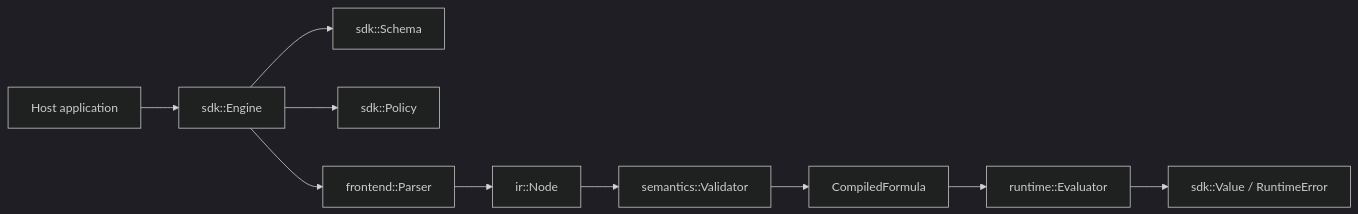
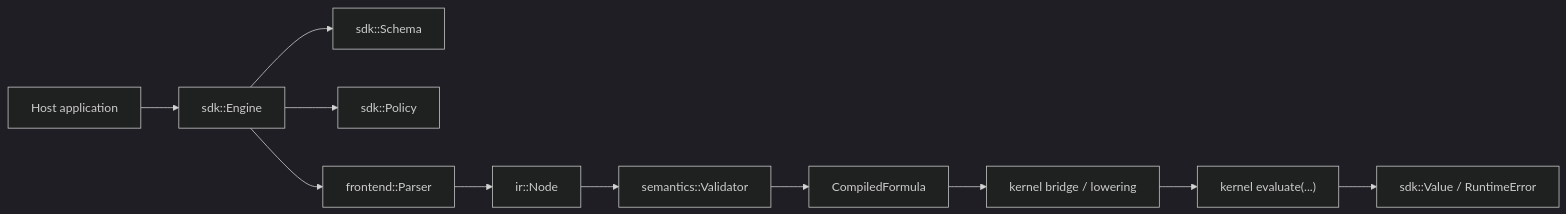
Before and after one commit to sergiorf/aleph3: the first of 2 diagrams in docs/class_collaboration.md, drawn with Mermaid (dark theme). The commit also changed other lines of this file and 25 other files, not shown here.

Commit message:
retire sdk evaluator

````diff
--- a/docs/class_collaboration.md
+++ b/docs/class_collaboration.md
@@ -46,12 +46,13 @@
 ```mermaid
 flowchart LR
     Host["Host application"] --> Engine["sdk::Engine"]
     Engine --> Schema["sdk::Schema"]
     Engine --> Policy["sdk::Policy"]
     Engine --> Parser["frontend::Parser"]
     Parser --> IR["ir::Node"]
     IR --> Validator["semantics::Validator"]
     Validator --> Compiled["CompiledFormula"]
-    Compiled --> Runtime["runtime::Evaluator"]
-    Runtime --> Value["sdk::Value / RuntimeError"]
+    Compiled --> Bridge["kernel bridge / lowering"]
+    Bridge --> KernelEval["kernel evaluate(...)"]
+    KernelEval --> Value["sdk::Value / RuntimeError"]
 ```
````
